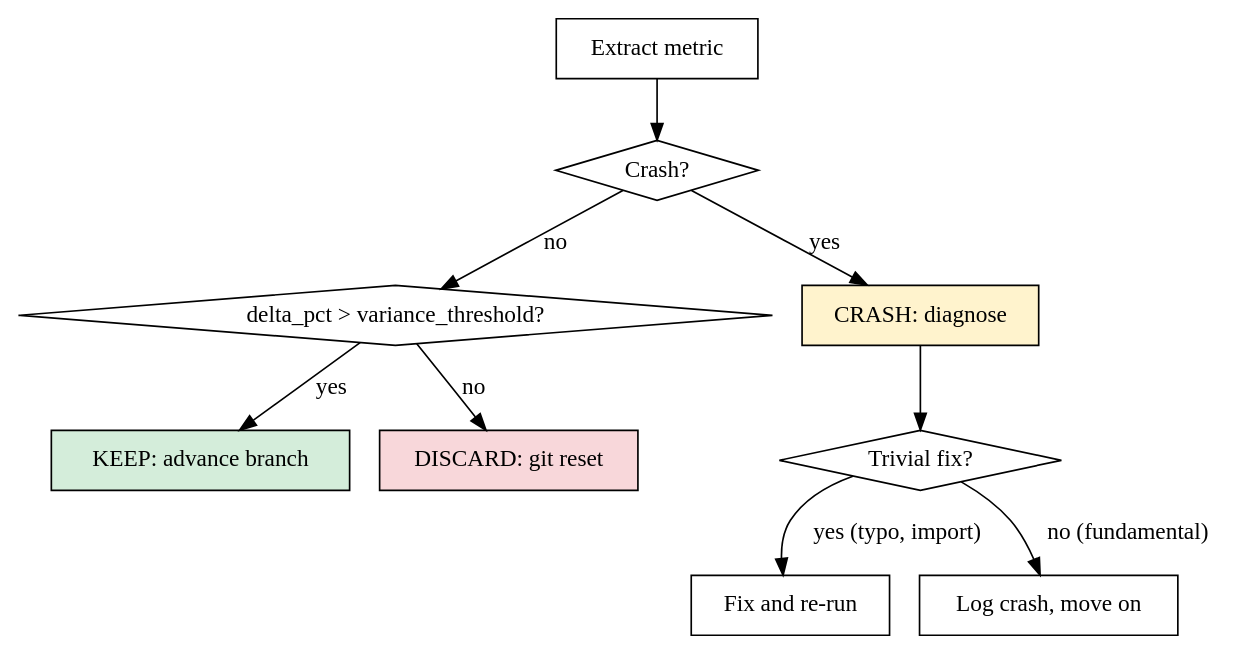
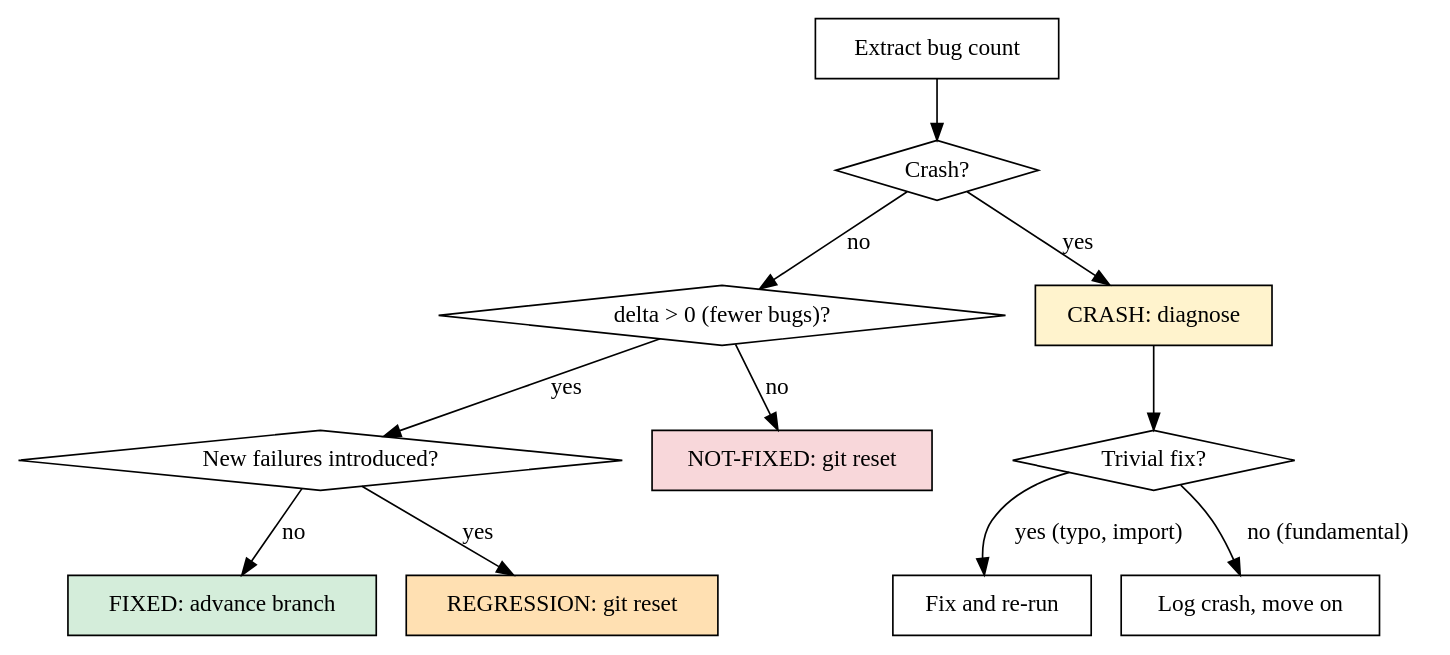
The diagram in loop.md (gpBlockchain/bug-hunt), drawn with Graphviz before and after one commit. The commit also changed other lines of this file and 4 other files, not shown here.

````diff
--- a/loop.md
+++ b/loop.md
@@ -78,22 +77,26 @@
 ```dot
 digraph decision {
-    "Extract metric" [shape=box];
+    "Extract bug count" [shape=box];
     "Crash?" [shape=diamond];
-    "delta_pct > variance_threshold?" [shape=diamond];
-    "KEEP: advance branch" [shape=box, style=filled, fillcolor="#d4edda"];
-    "DISCARD: git reset" [shape=box, style=filled, fillcolor="#f8d7da"];
+    "delta > 0 (fewer bugs)?" [shape=diamond];
+    "New failures introduced?" [shape=diamond];
+    "FIXED: advance branch" [shape=box, style=filled, fillcolor="#d4edda"];
+    "NOT-FIXED: git reset" [shape=box, style=filled, fillcolor="#f8d7da"];
+    "REGRESSION: git reset" [shape=box, style=filled, fillcolor="#ffe0b2"];
     "CRASH: diagnose" [shape=box, style=filled, fillcolor="#fff3cd"];
     "Trivial fix?" [shape=diamond];
     "Fix and re-run" [shape=box];
     "Log crash, move on" [shape=box];
 
-    "Extract metric" -> "Crash?";
+    "Extract bug count" -> "Crash?";
     "Crash?" -> "CRASH: diagnose" [label="yes"];
-    "Crash?" -> "delta_pct > variance_threshold?" [label="no"];
-    "delta_pct > variance_threshold?" -> "KEEP: advance branch" [label="yes"];
-    "delta_pct > variance_threshold?" -> "DISCARD: git reset" [label="no"];
+    "Crash?" -> "delta > 0 (fewer bugs)?" [label="no"];
+    "delta > 0 (fewer bugs)?" -> "New failures introduced?" [label="yes"];
+    "delta > 0 (fewer bugs)?" -> "NOT-FIXED: git reset" [label="no"];
+    "New failures introduced?" -> "REGRESSION: git reset" [label="yes"];
+    "New failures introduced?" -> "FIXED: advance branch" [label="no"];
     "CRASH: diagnose" -> "Trivial fix?";
     "Trivial fix?" -> "Fix and re-run" [label="yes (typo, import)"];
     "Trivial fix?" -> "Log crash, move on" [label="no (fundamental)"];
 }
 ```
````
